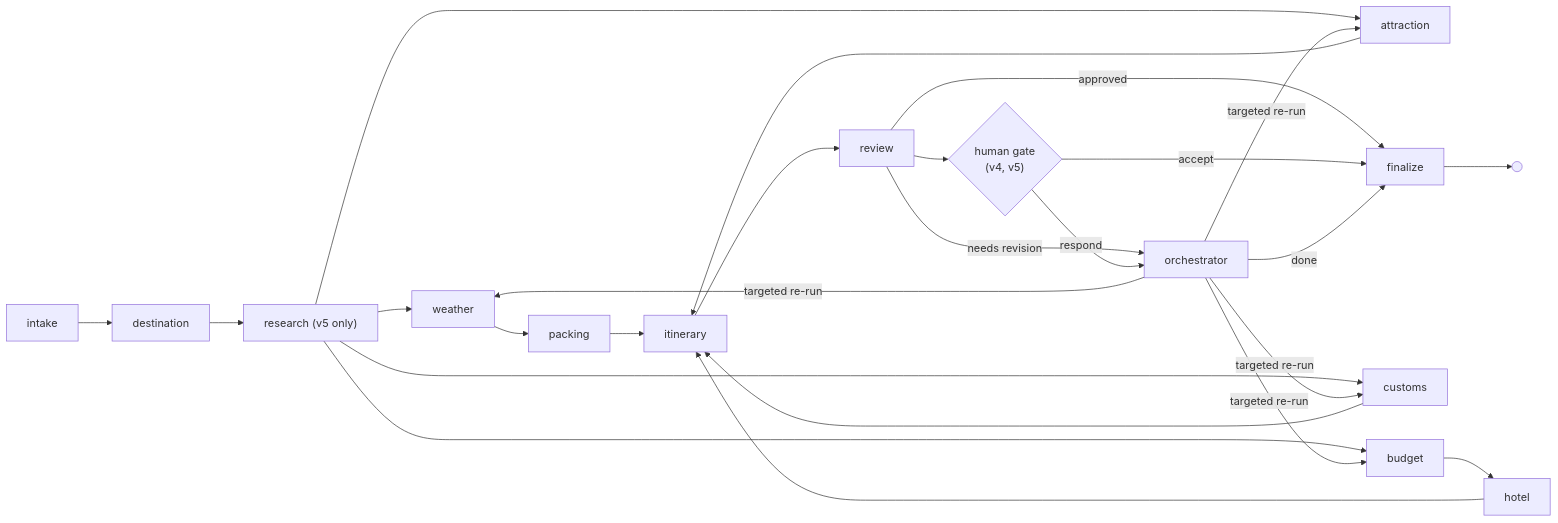
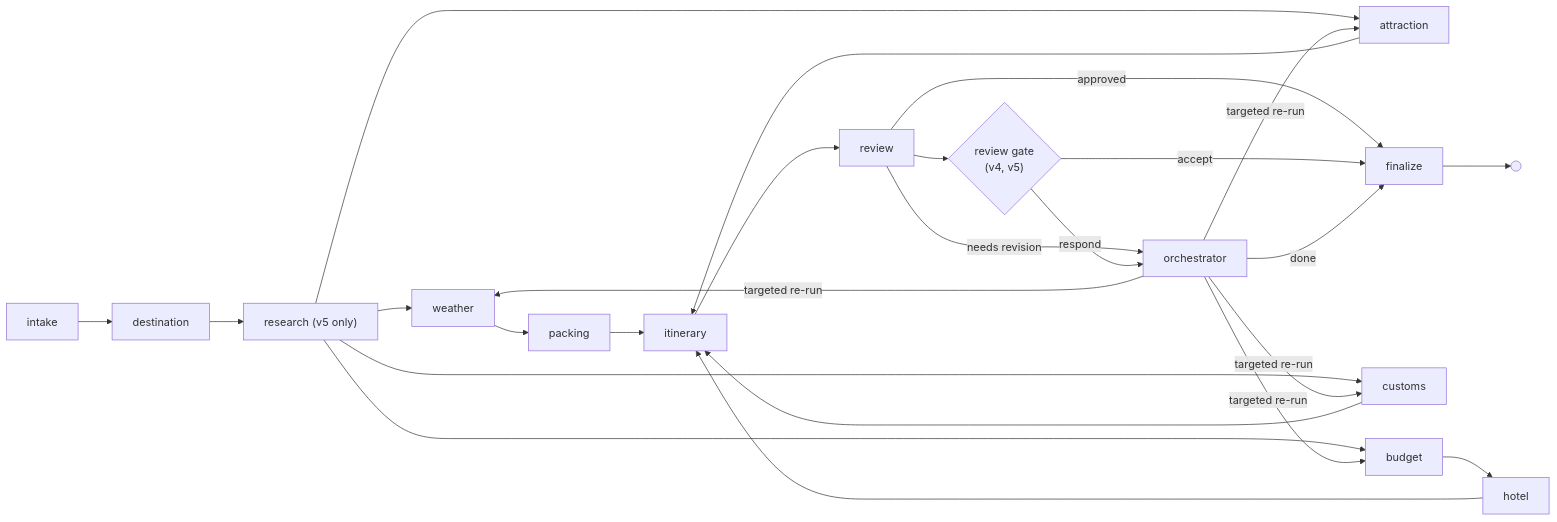
Before and after one commit to adarshcod30/Travel-Planner-Agent: the second of 3 diagrams in README.md, drawn with Mermaid. The commit also changed other lines of this file and 21 other files, not shown here.

First line of the commit message:
Make v4 a review surface rather than a yes/no gate

````diff
--- a/README.md
+++ b/README.md
@@ -92,19 +92,19 @@
 ```mermaid
 flowchart LR
     intake --> destination
     destination --> research["research (v5 only)"]
     research --> weather & attraction & budget & customs
     weather --> packing
     budget --> hotel
     packing & hotel & attraction & customs --> itinerary
     itinerary --> review
     review -->|approved| finalize
     review -->|needs revision| orchestrator
-    gate{"human gate<br/>(v4, v5)"}
+    gate{"review gate<br/>(v4, v5)"}
     review --> gate
     gate -->|accept| finalize
     gate -->|respond| orchestrator
     orchestrator -->|targeted re-run| weather & attraction & budget & customs
     orchestrator -->|done| finalize
     finalize --> END(( ))
 ```
````
